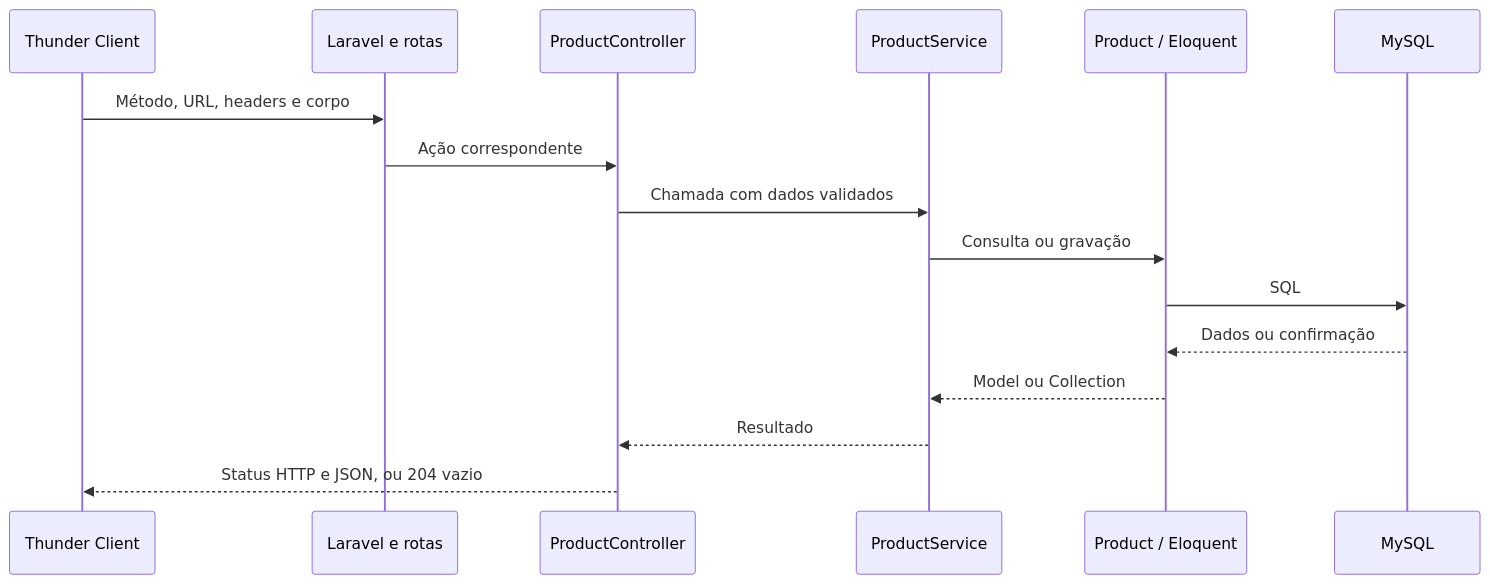
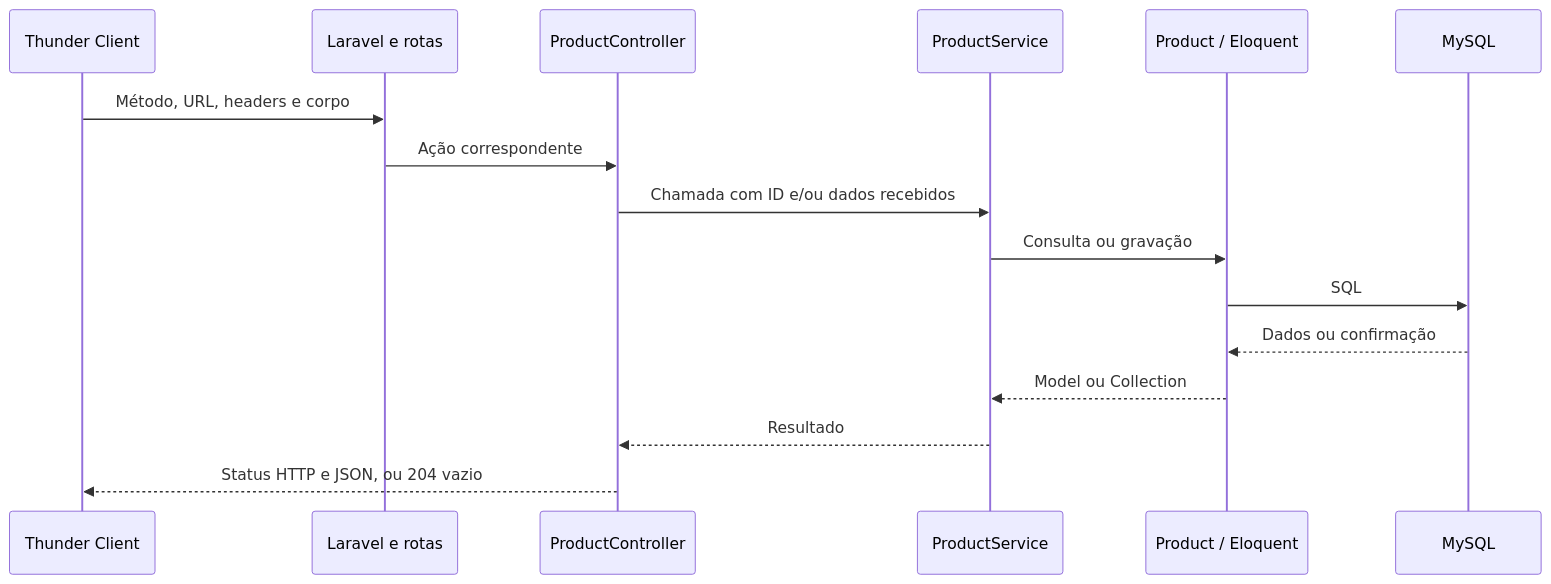
The diagram in docs/crud-products.md (zanottojoaoantonio-blip/TicoGames), drawn with Mermaid before and after one commit. The commit also changed other lines of this file, not shown here.

````diff
--- a/docs/crud-products.md
+++ b/docs/crud-products.md
@@ -159,18 +156,18 @@
 ```mermaid
 sequenceDiagram
     participant T as Thunder Client
     participant L as Laravel e rotas
     participant C as ProductController
     participant S as ProductService
     participant M as Product / Eloquent
     participant D as MySQL
     T->>L: Método, URL, headers e corpo
     L->>C: Ação correspondente
-    C->>S: Chamada com dados validados
+    C->>S: Chamada com ID e/ou dados recebidos
     S->>M: Consulta ou gravação
     M->>D: SQL
     D-->>M: Dados ou confirmação
     M-->>S: Model ou Collection
     S-->>C: Resultado
     C-->>T: Status HTTP e JSON, ou 204 vazio
 ```
````
